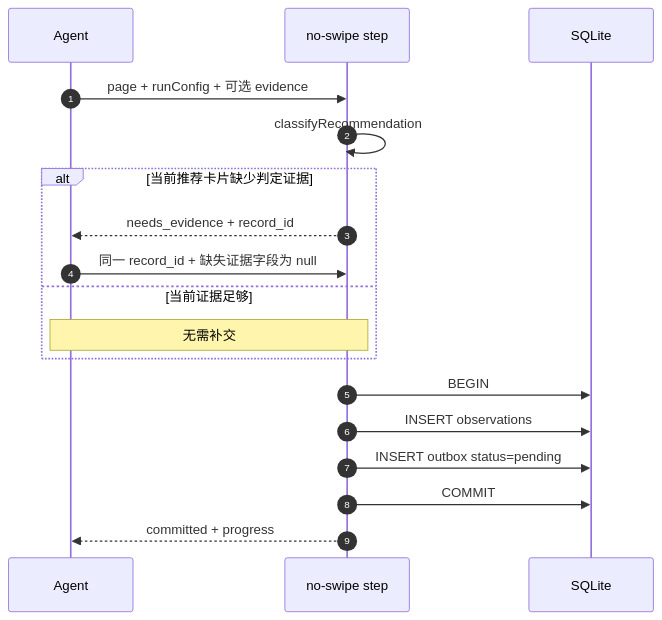
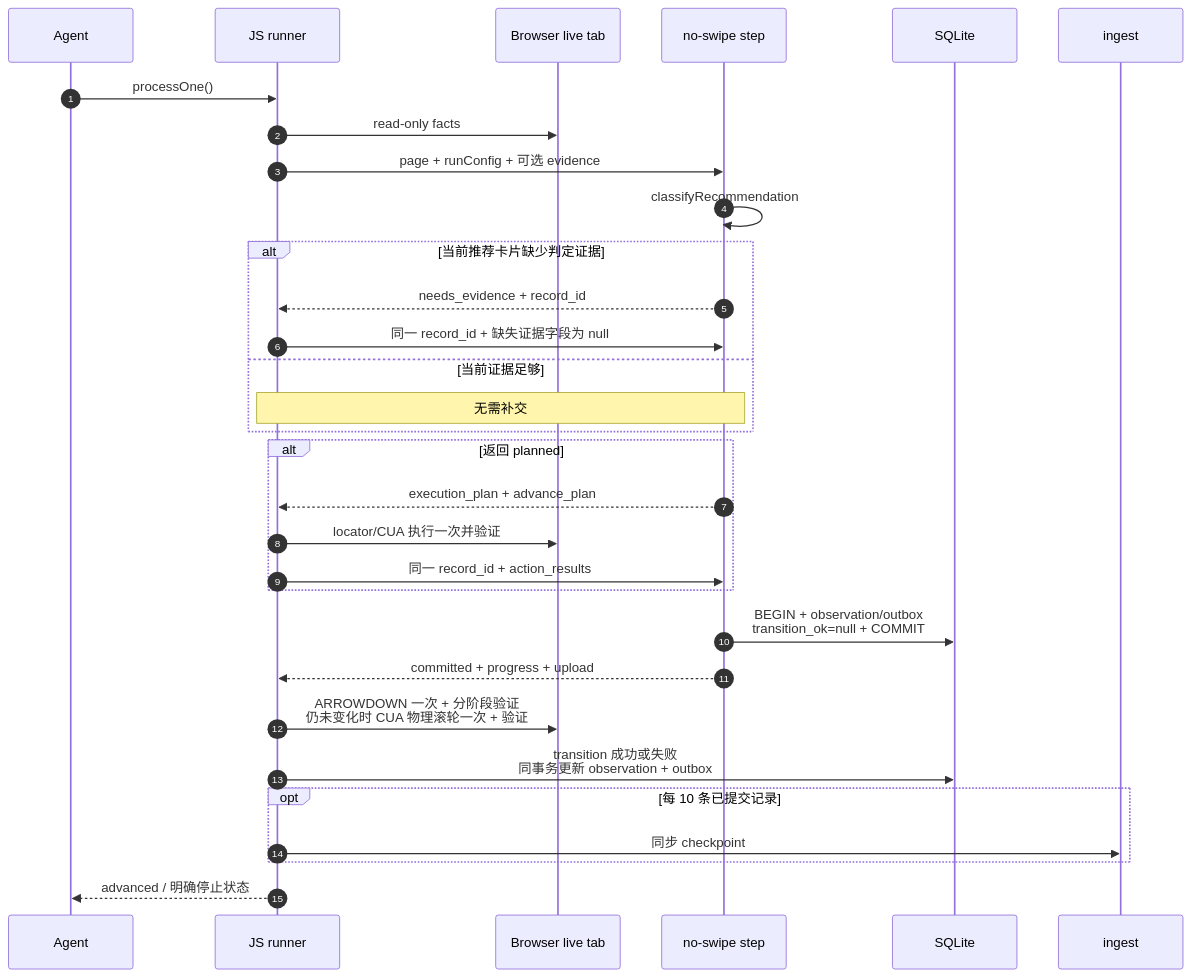
Diagram 11 of 18 in docs/no-swipe-interaction-flows.md (OfWind/no_swipe), drawn with Mermaid before and after one commit. The commit also changed other lines of this file and 43 other files, not shown here.

````diff
--- a/docs/no-swipe-interaction-flows.md
+++ b/docs/no-swipe-interaction-flows.md
@@ -408,21 +414,34 @@
 ```mermaid
 sequenceDiagram
   autonumber
   participant Agent as Agent
+  participant Runner as JS runner
+  participant Br as Browser live tab
   participant Step as no-swipe step
   participant DB as SQLite
+  participant Ing as ingest
 
-  Agent->>Step: page + runConfig + 可选 evidence
+  Agent->>Runner: processOne()
+  Runner->>Br: read-only facts
+  Runner->>Step: page + runConfig + 可选 evidence
   Step->>Step: classifyRecommendation
   alt 当前推荐卡片缺少判定证据
-    Step-->>Agent: needs_evidence + record_id
-    Agent->>Step: 同一 record_id + 缺失证据字段为 null
+    Step-->>Runner: needs_evidence + record_id
+    Runner->>Step: 同一 record_id + 缺失证据字段为 null
   else 当前证据足够
-    Note over Agent,Step: 无需补交
+    Note over Runner,Step: 无需补交
   end
-  Step->>DB: BEGIN
-  Step->>DB: INSERT observations
-  Step->>DB: INSERT outbox status=pending
-  Step->>DB: COMMIT
-  Step-->>Agent: committed + progress
+  alt 返回 planned
+    Step-->>Runner: execution_plan + advance_plan
+    Runner->>Br: locator/CUA 执行一次并验证
+    Runner->>Step: 同一 record_id + action_results
+  end
+  Step->>DB: BEGIN + observation/outbox<br/>transition_ok=null + COMMIT
+  Step-->>Runner: committed + progress + upload
+  Runner->>Br: ARROWDOWN 一次 + 分阶段验证<br/>仍未变化时 CUA 物理滚轮一次 + 验证
+  Runner->>DB: transition 成功或失败<br/>同事务更新 observation + outbox
+  opt 每 10 条已提交记录
+    Runner->>Ing: 同步 checkpoint
+  end
+  Runner-->>Agent: advanced / 明确停止状态
 ```
````
